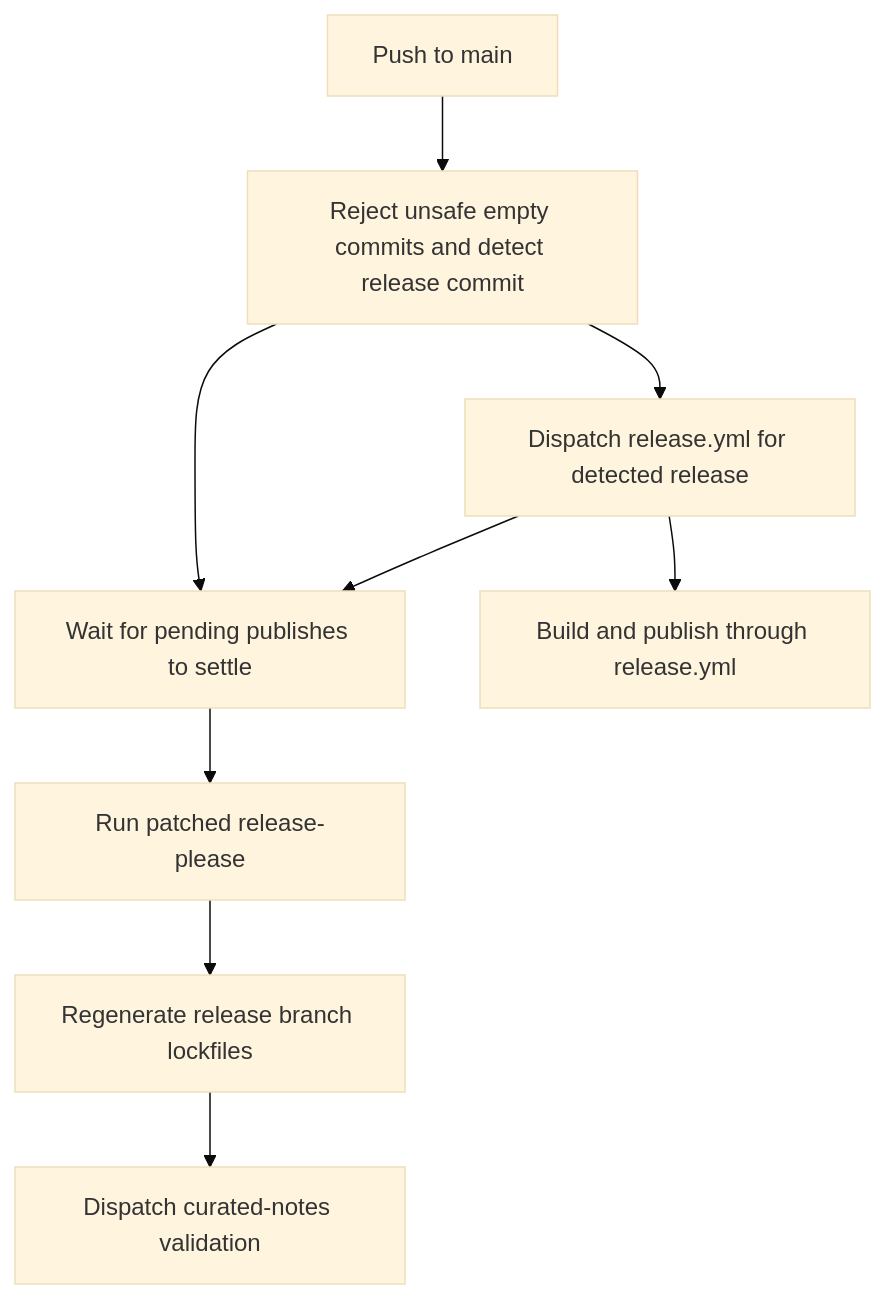
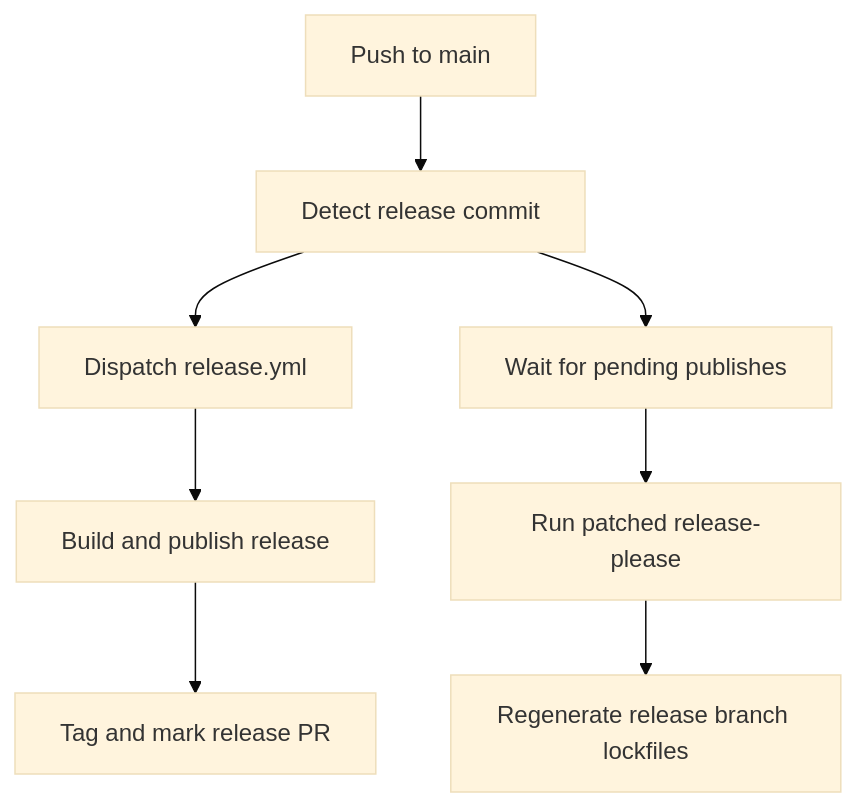
Before and after one commit to langchain-ai/deepagents: the third of 3 diagrams in openwiki/operations/development.md, drawn with Mermaid (base theme). The commit also changed other lines of this file and 43 other files, not shown here.

````diff
--- a/openwiki/operations/development.md
+++ b/openwiki/operations/development.md
@@ -142,11 +172,10 @@
 ```mermaid
 flowchart TD
-    Push["Push to main"] --> Detect["Reject unsafe empty commits and detect release commit"]
-    Detect --> Dispatch["Dispatch release.yml for detected release"]
-    Detect --> Guard["Wait for pending publishes to settle"]
-    Dispatch --> Guard
+    Push["Push to main"] --> Detect["Detect release commit"]
+    Detect --> Dispatch["Dispatch release.yml"]
+    Detect --> Guard["Wait for pending publishes"]
+    Dispatch --> Publish["Build and publish release"]
+    Publish --> Tagged["Tag and mark release PR"]
     Guard --> Runner["Run patched release-please"]
     Runner --> Locks["Regenerate release branch lockfiles"]
-    Locks --> Notes["Dispatch curated-notes validation"]
-    Dispatch --> Publish["Build and publish through release.yml"]
 ```
````
